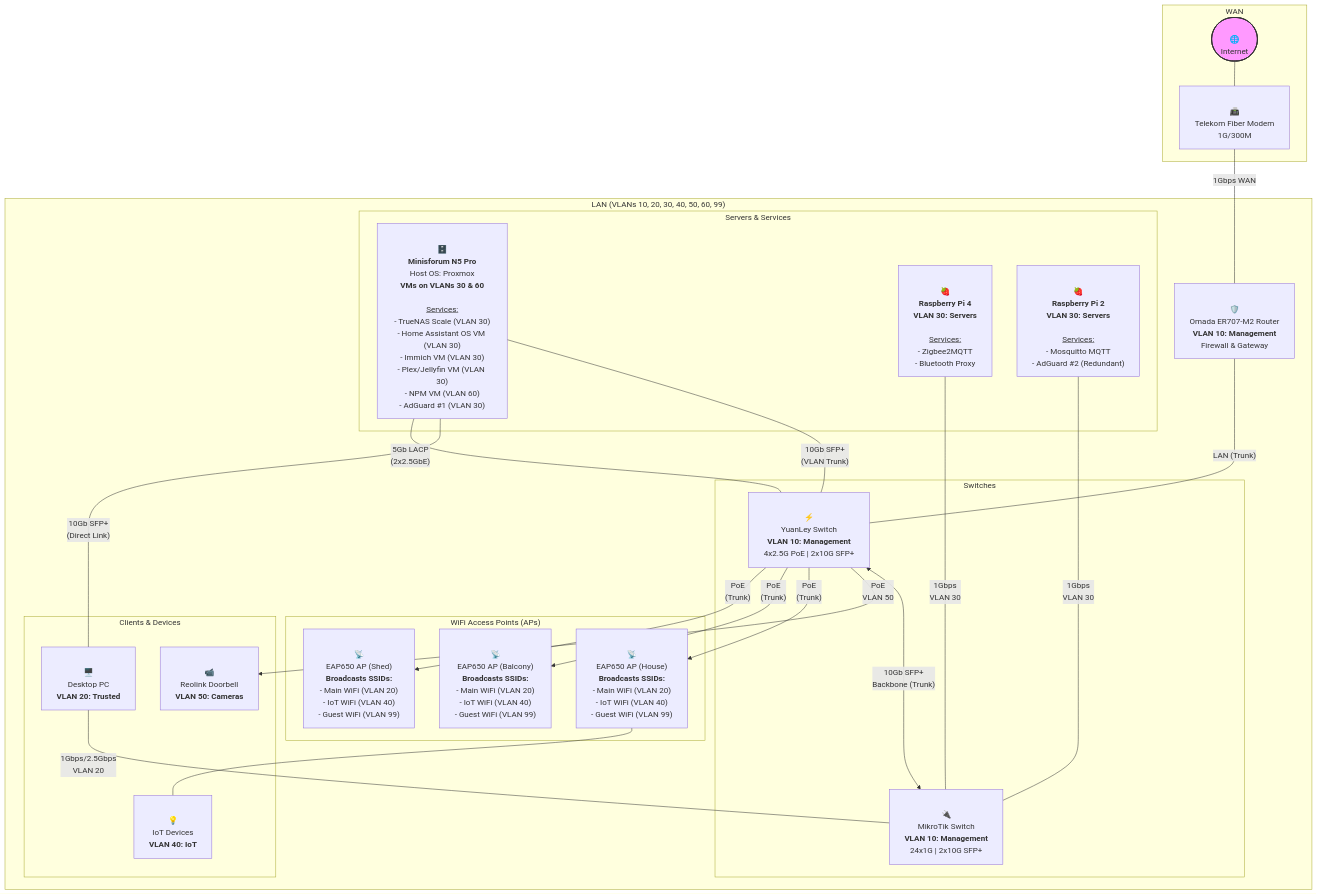
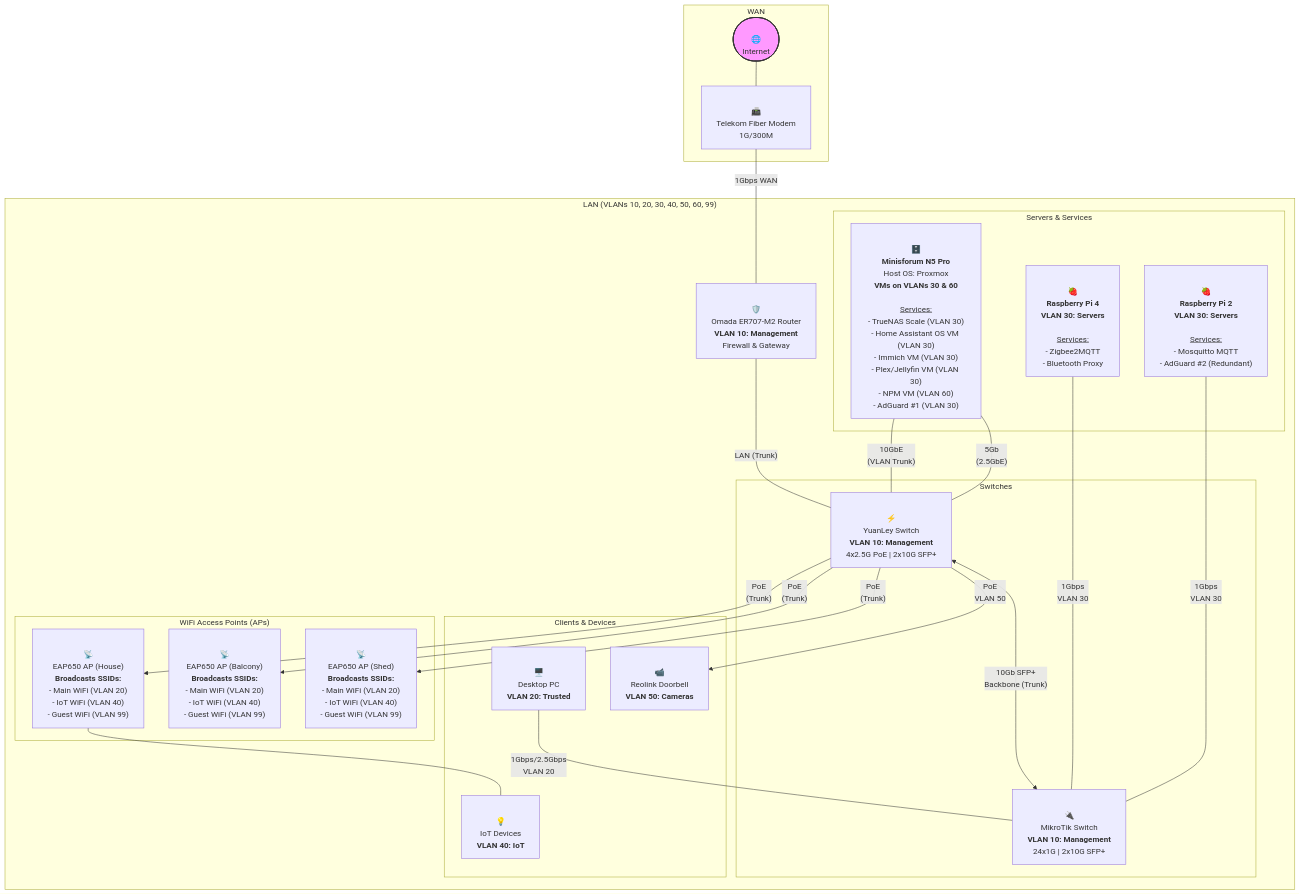
Before and after one commit to LukaPrebil/home-network: the diagram in docs/readme.md, drawn with Mermaid. The commit also changed other lines of this file, not shown here.

Commit message:
Adjustments

````diff
--- a/docs/readme.md
+++ b/docs/readme.md
@@ -34,59 +34,58 @@
 ```mermaid
 graph TD
     subgraph WAN
         internet([<br>🌐<br>Internet])
         style internet fill:#f9f,stroke:#333,stroke-width:2px
         modem["<br>📠<br>Telekom Fiber Modem<br>1G/300M"]
     end
 
     subgraph "LAN (VLANs 10, 20, 30, 40, 50, 60, 99)"
         router["<br>🛡️<br>Omada ER707-M2 Router<br><b>VLAN 10: Management</b><br>Firewall & Gateway"]
 
         subgraph Switches
             sw_yuanley["<br>⚡<br>YuanLey Switch<br><b>VLAN 10: Management</b><br>4x2.5G PoE | 2x10G SFP+"]
             sw_mikrotik["<br>🔌<br>MikroTik Switch<br><b>VLAN 10: Management</b><br>24x1G | 2x10G SFP+"]
         end
 
         subgraph "WiFi Access Points (APs)"
             ap1["<br>📡<br>EAP650 AP (House)<br><b>Broadcasts SSIDs:</b><br>- Main WiFi (VLAN 20)<br>- IoT WiFi (VLAN 40)<br>- Guest WiFi (VLAN 99)"]
             ap2["<br>📡<br>EAP650 AP (Balcony)<br><b>Broadcasts SSIDs:</b><br>- Main WiFi (VLAN 20)<br>- IoT WiFi (VLAN 40)<br>- Guest WiFi (VLAN 99)"]
             ap3["<br>📡<br>EAP650 AP (Shed)<br><b>Broadcasts SSIDs:</b><br>- Main WiFi (VLAN 20)<br>- IoT WiFi (VLAN 40)<br>- Guest WiFi (VLAN 99)"]
         end
         
         subgraph "Servers & Services"
             nas["<br>🗄️<br><b>Minisforum N5 Pro</b><br>Host OS: Proxmox<br><b>VMs on VLANs 30 & 60</b><br><br><u>Services:</u><br>- TrueNAS Scale (VLAN 30)<br>- Home Assistant OS VM (VLAN 30)<br>- Immich VM (VLAN 30)<br>- Plex/Jellyfin VM (VLAN 30)<br>- NPM VM (VLAN 60)<br>- AdGuard #1 (VLAN 30)"]
             rpi4["<br>🍓<br><b>Raspberry Pi 4</b><br><b>VLAN 30: Servers</b><br><br><u>Services:</u><br>- Zigbee2MQTT<br>- Bluetooth Proxy"]
             rpi2["<br>🍓<br><b>Raspberry Pi 2</b><br><b>VLAN 30: Servers</b><br><br><u>Services:</u><br>- Mosquitto MQTT<br>- AdGuard #2 (Redundant)"]
         end
 
         subgraph "Clients & Devices"
             desktop_pc["<br>🖥️<br>Desktop PC<br><b>VLAN 20: Trusted</b>"]
             doorbell["<br>📹<br>Reolink Doorbell<br><b>VLAN 50: Cameras</b>"]
             iot_devices["<br>💡<br>IoT Devices<br><b>VLAN 40: IoT</b>"]
         end
     end
 
     %% --- Connections ---
     internet --- modem
     modem ---|"1Gbps WAN"| router
     
     %% Switch Backbone
     router ---|"LAN (Trunk)"| sw_yuanley
     sw_yuanley <-->|"10Gb SFP+<br>Backbone (Trunk)"| sw_mikrotik
 
     %% Server Connections
-    nas ---|"10Gb SFP+<br>(VLAN Trunk)"| sw_yuanley
-    nas ---|"10Gb SFP+<br>(Direct Link)"| desktop_pc
-    nas ---|"5Gb LACP<br>(2x2.5GbE)"| sw_yuanley
+    nas ---|"10GbE<br>(VLAN Trunk)"| sw_yuanley
+    nas ---|"5Gb <br>(2.5GbE)"| sw_yuanley
     rpi4 ---|"1Gbps<br>VLAN 30"| sw_mikrotik
     rpi2 ---|"1Gbps<br>VLAN 30"| sw_mikrotik
 
     %% Client & PoE Device Connections
     sw_yuanley --"PoE<br>VLAN 50"--> doorbell
     sw_yuanley --"PoE<br>(Trunk)"--> ap1
     sw_yuanley --"PoE<br>(Trunk)"--> ap2
     sw_yuanley --"PoE<br>(Trunk)"--> ap3
     desktop_pc ---|"1Gbps/2.5Gbps<br>VLAN 20"| sw_mikrotik
     ap1 --- iot_devices
 
 ```
````
